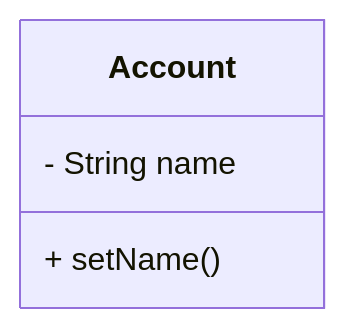
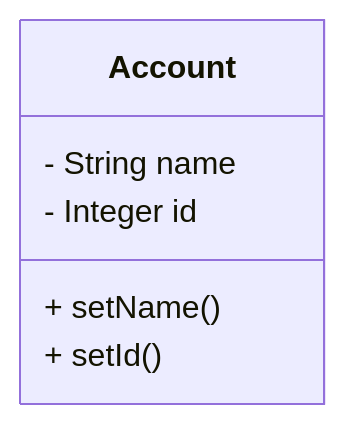
One commit to 2026-reskill-tech-tbc/personal_dev_13278dkobayashi changed the third of 3 diagrams in README.md. Above: the diagram before and after it, drawn with Mermaid.

````diff
--- a/README.md
+++ b/README.md
@@ -78,7 +78,9 @@
 ```mermaid
 classDiagram
     class Account {
         - String name
+        - Integer id
         + setName()
+        + setId()
     }
 ```
````
